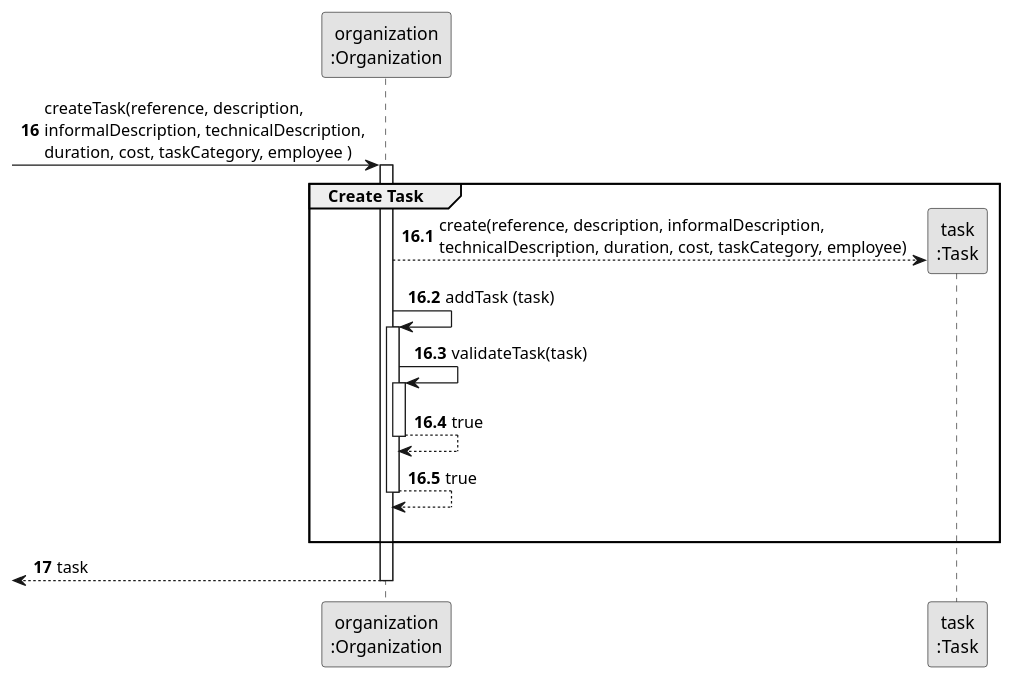
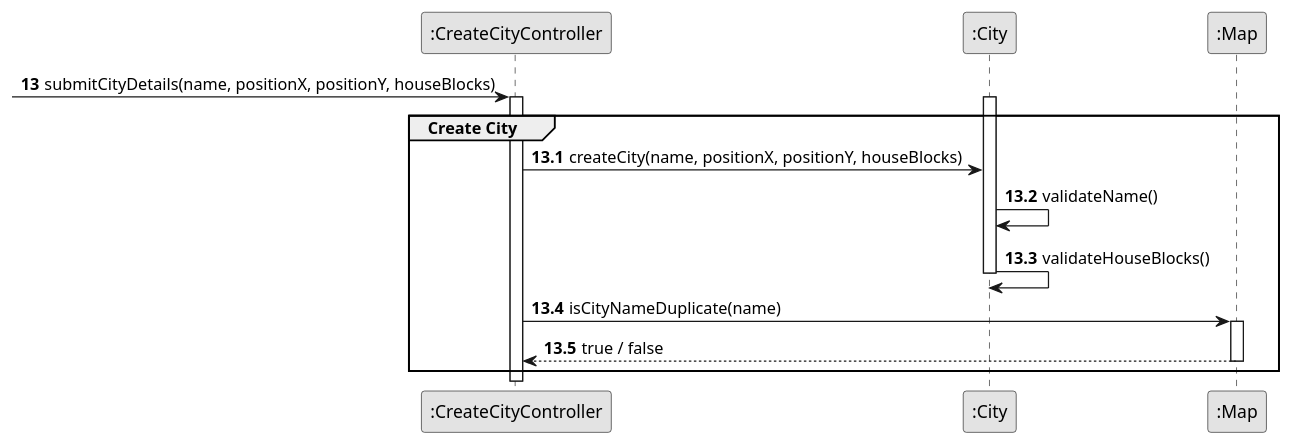
The diagram in docs/system-documentation/US003/03.design/puml/US003-SD-partial-create-city.puml (1240826/empire-on-tracks), drawn with PlantUML before and after one commit. The commit also changed 11 other files, not shown here.

```diff
--- a/docs/system-documentation/US003/03.design/puml/US003-SD-partial-create-city.puml
+++ b/docs/system-documentation/US003/03.design/puml/US003-SD-partial-create-city.puml
@@ -1,35 +1,28 @@
 @startuml
 skinparam monochrome true
 skinparam packageStyle rectangle
 skinparam shadowing false
 
-participant "organization\n:Organization" as ORG
-participant "task\n:Task" as TASK
+participant ":CreateCityController"    as Controller
+participant ":City"                 as City
+participant ":Map"                  as Map
 
-autonumber 16
--> ORG: createTask(reference, description,\ninformalDescription, technicalDescription,\nduration, cost, taskCategory, employee )
+autonumber 13
+-> Controller: submitCityDetails(name, positionX, positionY, houseBlocks)
 
-autonumber 16.1
-activate ORG
-    group Create Task
+autonumber 13.1
+activate Controller
+    group Create City
 
-        ORG --> TASK**: create(reference, description, informalDescription, \ntechnicalDescription, duration, cost, taskCategory, employee)
-        ORG -> ORG: addTask (task)
-
-        activate ORG
-            ORG -> ORG: validateTask(task)
-            activate ORG
-                ORG --> ORG : true
-            deactivate ORG
-
-            ORG --> ORG : true
-            |||
-        deactivate ORG
+       activate City
+       Controller -> City : createCity(name, positionX, positionY, houseBlocks)
+                   City -> City : validateName()
+                   City -> City : validateHouseBlocks()
+               deactivate City
+               Controller -> Map : isCityNameDuplicate(name)
+                       activate Map
+                           Map --> Controller : true / false
+                       deactivate Map
     end
 
-    autonumber 17
-    <-- ORG : task
-deactivate ORG
-
-
 @enduml
```
